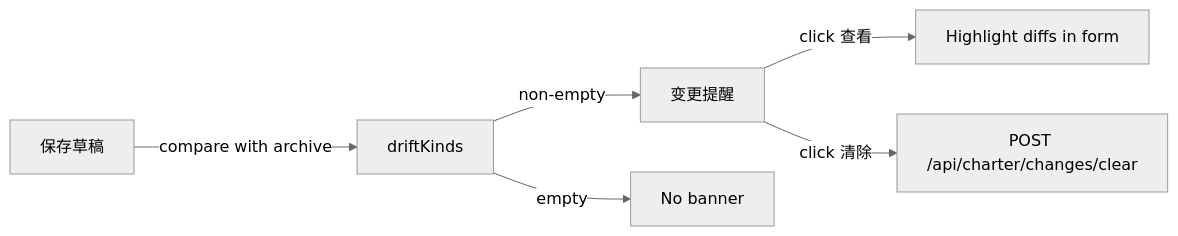
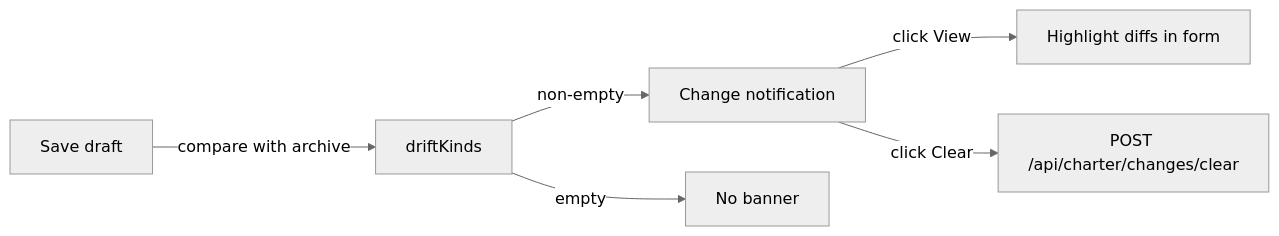
One commit to YeLuo45/AiGameAgent-design changed the second of 2 diagrams in docs-site/docs/06-meeting-and-charter.md. Above: the diagram before and after it, drawn with Mermaid (neutral theme). The commit also changed other lines of this file and 16 other files, not shown here.

````diff
--- a/docs-site/docs/06-meeting-and-charter.md
+++ b/docs-site/docs/06-meeting-and-charter.md
@@ -113,8 +113,8 @@
 ```mermaid
 flowchart LR
-  Save[保存草稿] -->|compare with archive| Compute[driftKinds]
-  Compute -->|non-empty| Banner[变更提醒]
-  Banner -->|click 查看| Form[Highlight diffs in form]
-  Banner -->|click 清除| Clear[POST /api/charter/changes/clear]
+  Save[Save draft] -->|compare with archive| Compute[driftKinds]
+  Compute -->|non-empty| Banner[Change notification]
+  Banner -->|click View| Form[Highlight diffs in form]
+  Banner -->|click Clear| Clear[POST /api/charter/changes/clear]
   Compute -->|empty| Silent[No banner]
 ```
````
